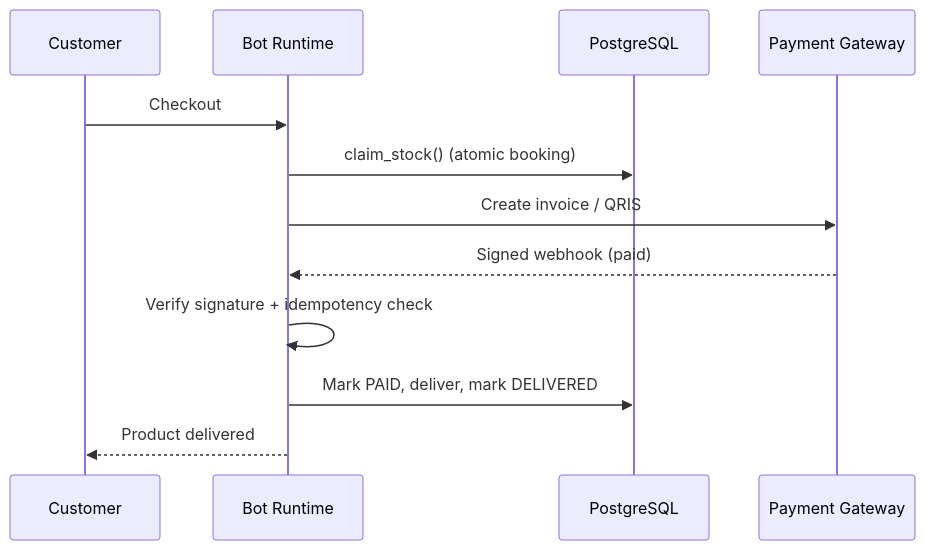
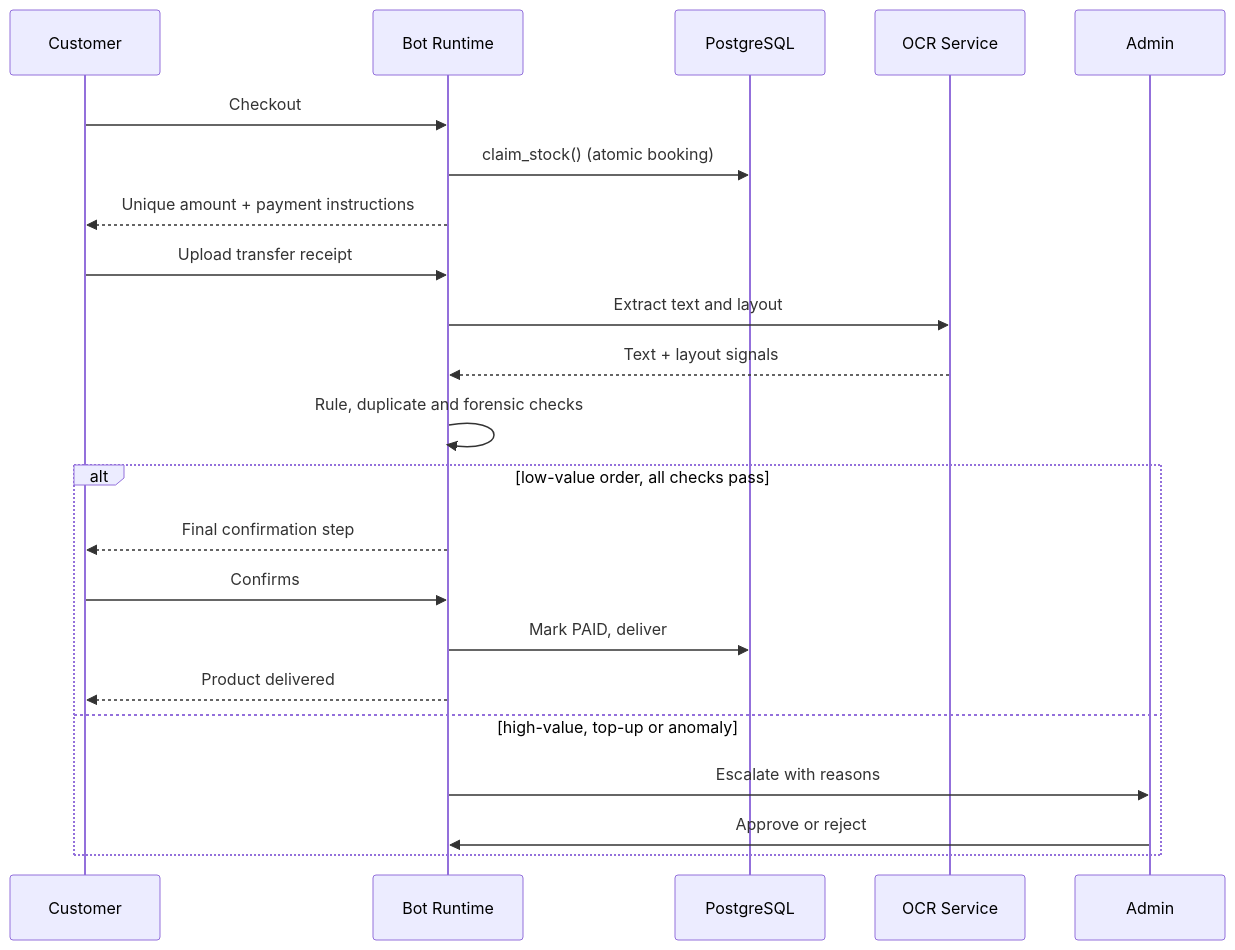
Before and after one commit to hugogustaaf/saas-infrastructure-core-V2: the second of 2 diagrams in README.md, drawn with Mermaid. The commit also changed other lines of this file and 2 other files, not shown here.

````diff
--- a/README.md
+++ b/README.md
@@ -143,14 +160,24 @@
 ```mermaid
 sequenceDiagram
     participant C as Customer
     participant Bot as Bot Runtime
     participant DB as PostgreSQL
-    participant GW as Payment Gateway
+    participant OCR as OCR Service
+    participant A as Admin
     C->>Bot: Checkout
     Bot->>DB: claim_stock() (atomic booking)
-    Bot->>GW: Create invoice / QRIS
-    GW-->>Bot: Signed webhook (paid)
-    Bot->>Bot: Verify signature + idempotency check
-    Bot->>DB: Mark PAID, deliver, mark DELIVERED
-    Bot-->>C: Product delivered
+    Bot-->>C: Unique amount + payment instructions
+    C->>Bot: Upload transfer receipt
+    Bot->>OCR: Extract text and layout
+    OCR-->>Bot: Text + layout signals
+    Bot->>Bot: Rule, duplicate and forensic checks
+    alt low-value order, all checks pass
+        Bot-->>C: Final confirmation step
+        C->>Bot: Confirms
+        Bot->>DB: Mark PAID, deliver
+        Bot-->>C: Product delivered
+    else high-value, top-up or anomaly
+        Bot->>A: Escalate with reasons
+        A->>Bot: Approve or reject
+    end
 ```
````
